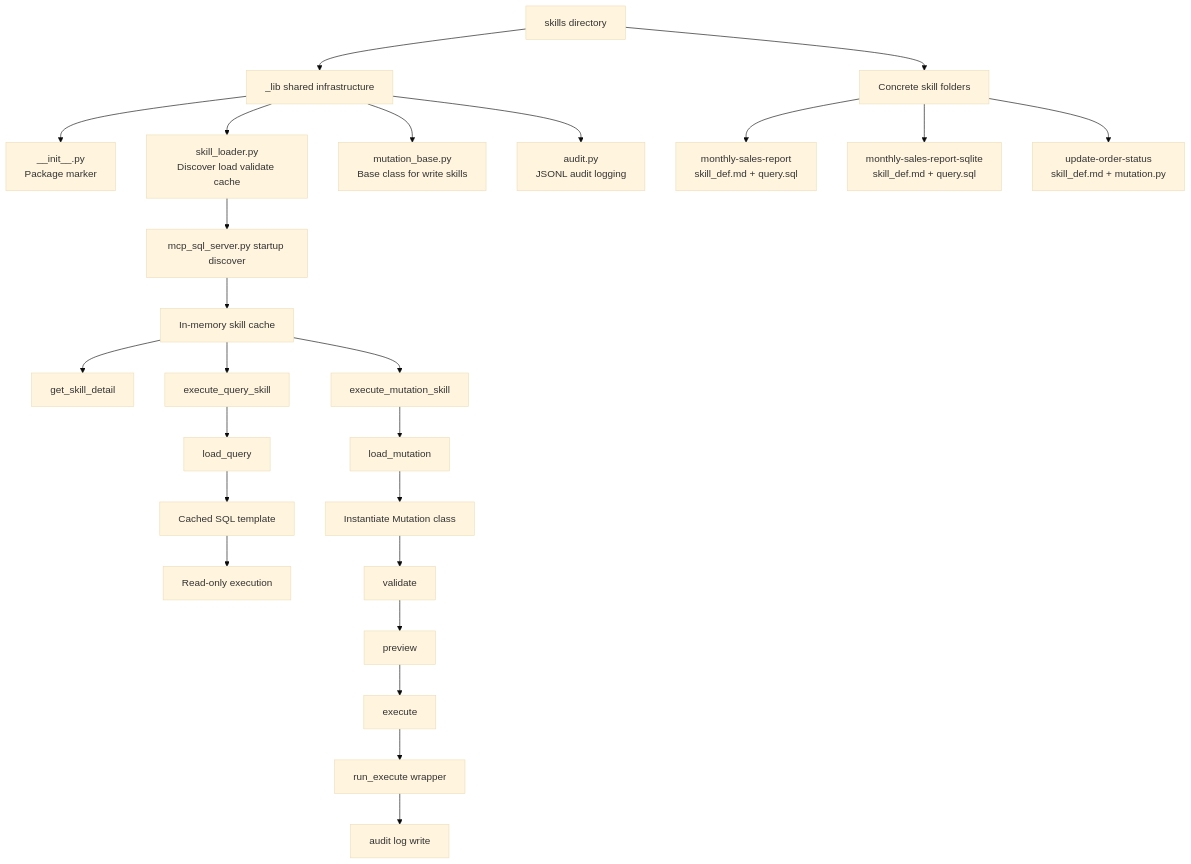
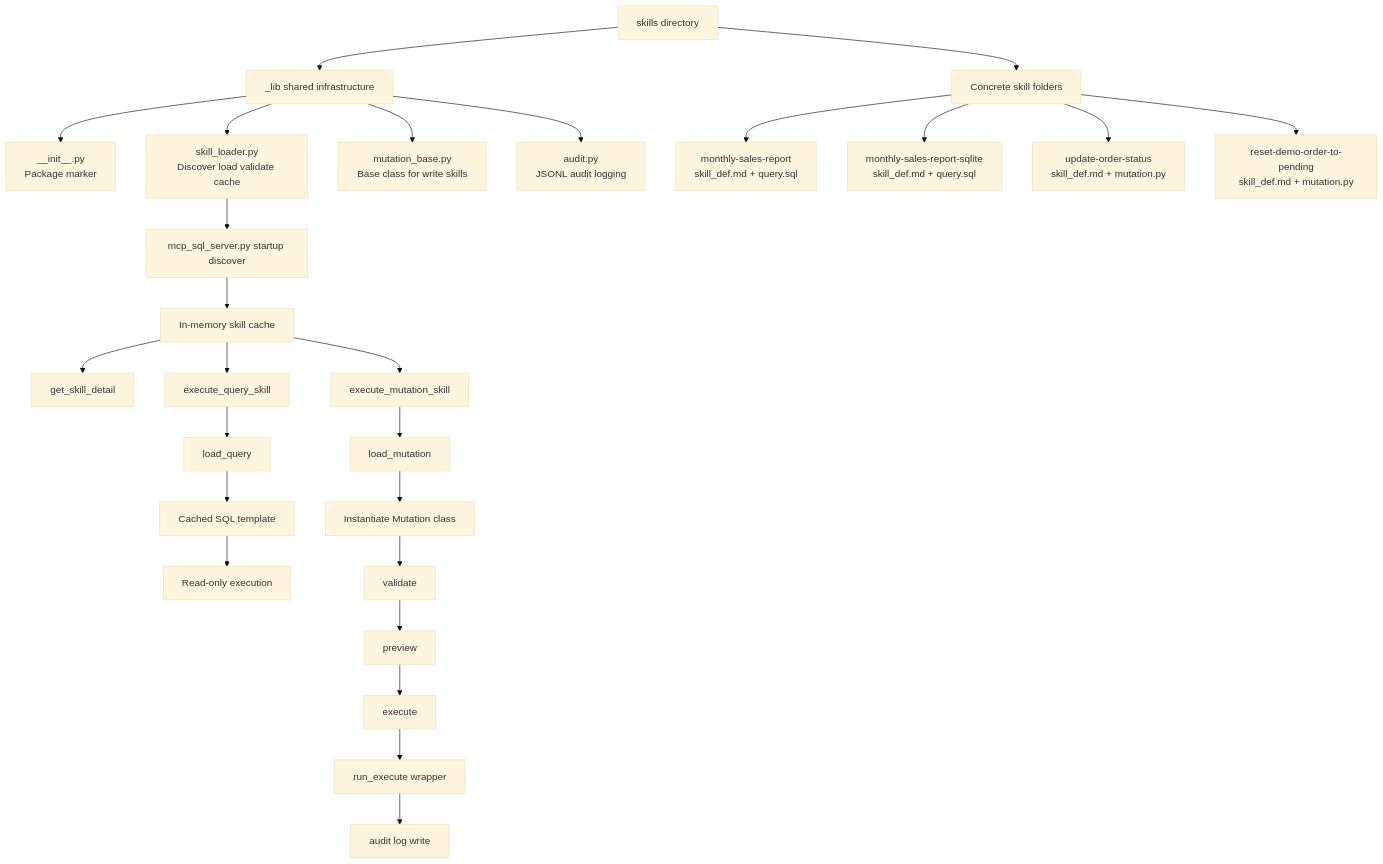
Before and after one commit to Firstmeridian/llm-sql-safety-executor-mcp: the first of 10 diagrams in MCP_AGENTS_SKILLS_DESIGN.md, drawn with Mermaid (base theme). The commit also changed other lines of this file and 39 other files, not shown here.

````diff
--- a/MCP_AGENTS_SKILLS_DESIGN.md
+++ b/MCP_AGENTS_SKILLS_DESIGN.md
@@ -91,33 +99,34 @@
 ```mermaid
 flowchart TD
     A[skills directory] --> B[_lib shared infrastructure]
     A --> C[Concrete skill folders]
 
     B --> B1[__init__.py<br/>Package marker]
     B --> B2[skill_loader.py<br/>Discover load validate cache]
     B --> B3[mutation_base.py<br/>Base class for write skills]
     B --> B4[audit.py<br/>JSONL audit logging]
 
     C --> C1[monthly-sales-report<br/>skill_def.md + query.sql]
     C --> C2[monthly-sales-report-sqlite<br/>skill_def.md + query.sql]
     C --> C3[update-order-status<br/>skill_def.md + mutation.py]
+    C --> C4[reset-demo-order-to-pending<br/>skill_def.md + mutation.py]
 
     B2 --> D[mcp_sql_server.py startup discover]
     D --> E[In-memory skill cache]
 
     E --> F[get_skill_detail]
     E --> G[execute_query_skill]
     E --> H[execute_mutation_skill]
 
     G --> I[load_query]
     I --> J[Cached SQL template]
     J --> K[Read-only execution]
 
     H --> L[load_mutation]
     L --> M[Instantiate Mutation class]
     M --> N1[validate]
     N1 --> N2[preview]
     N2 --> O[execute]
     O --> P[run_execute wrapper]
     P --> Q[audit log write]
 ```
````
